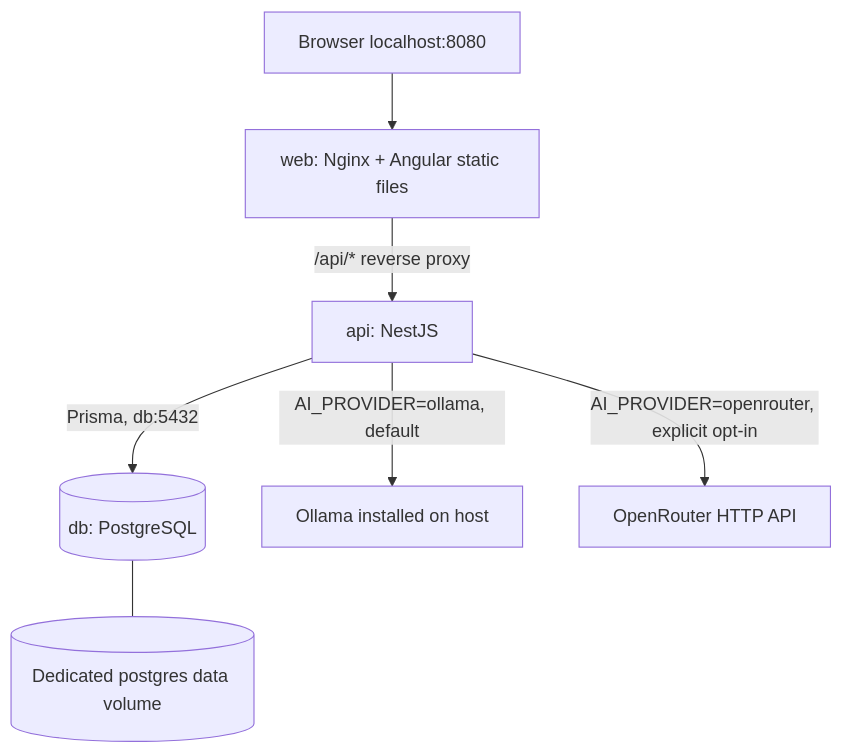
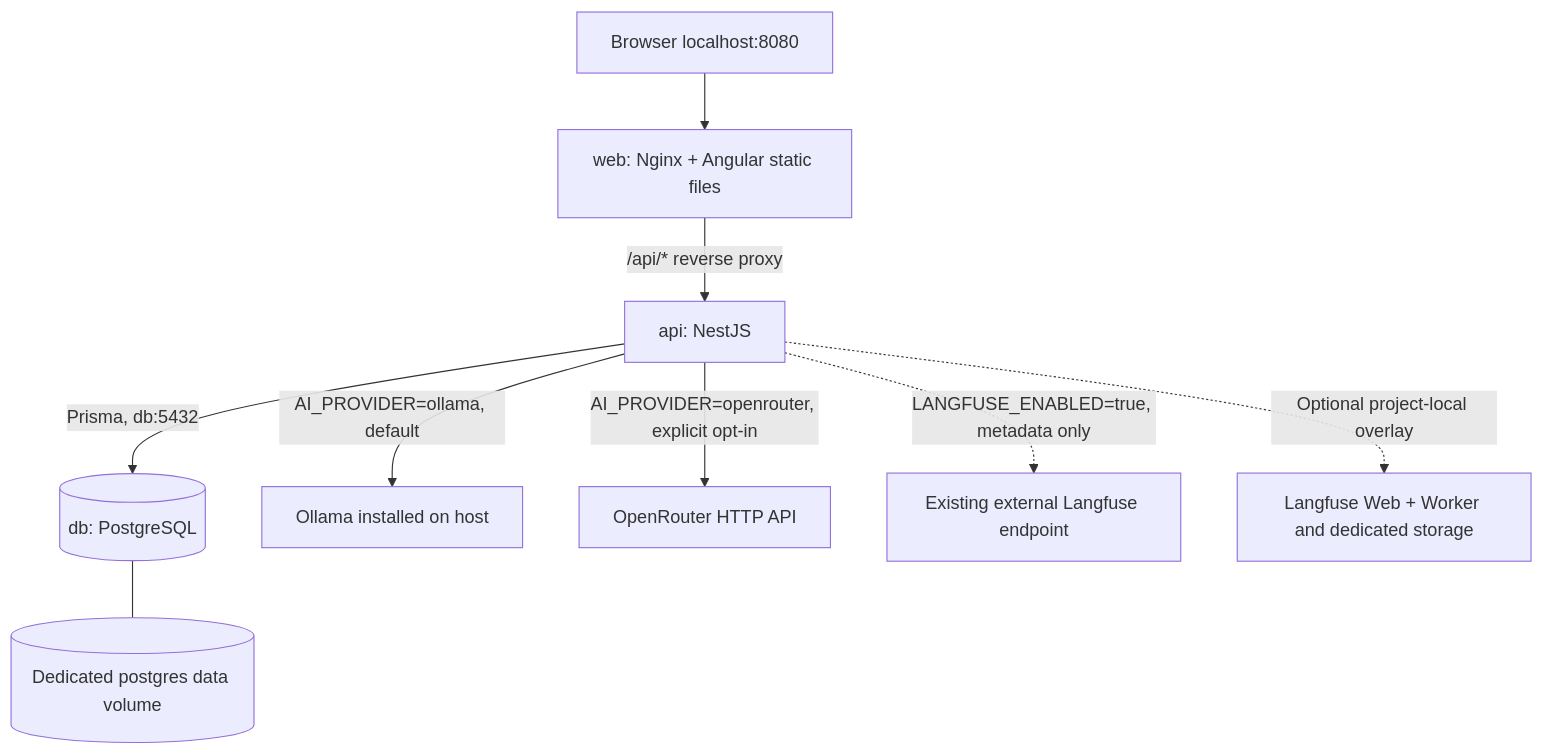
Before and after one commit to kereszteszsolt/stone-plan-ai: the diagram in docs/architecture.md, drawn with Mermaid. The commit also changed other lines of this file and 21 other files, not shown here.

First line of the commit message:
feat: add optional Langfuse tracing and local Docker stack

````diff
--- a/docs/architecture.md
+++ b/docs/architecture.md
@@ -9,9 +9,11 @@
 ```mermaid
 flowchart TD
     B[Browser localhost:8080] --> WEB[web: Nginx + Angular static files]
     WEB -->|/api/* reverse proxy| API[api: NestJS]
     API -->|Prisma, db:5432| DB[(db: PostgreSQL)]
     DB --- VOL[(Dedicated postgres data volume)]
     API -->|AI_PROVIDER=ollama, default| AI[Ollama installed on host]
     API -->|AI_PROVIDER=openrouter, explicit opt-in| CLOUD[OpenRouter HTTP API]
+    API -.->|LANGFUSE_ENABLED=true, metadata only| TRACE[Existing external Langfuse endpoint]
+    API -.->|Optional project-local overlay| LOCALTRACE[Langfuse Web + Worker and dedicated storage]
 ```
````
